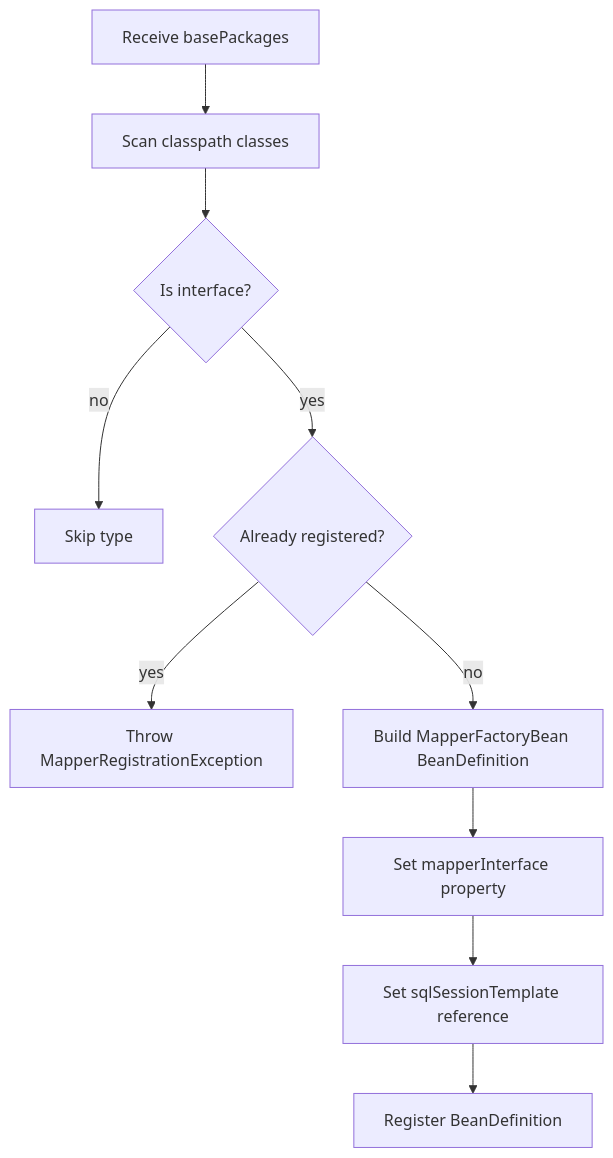
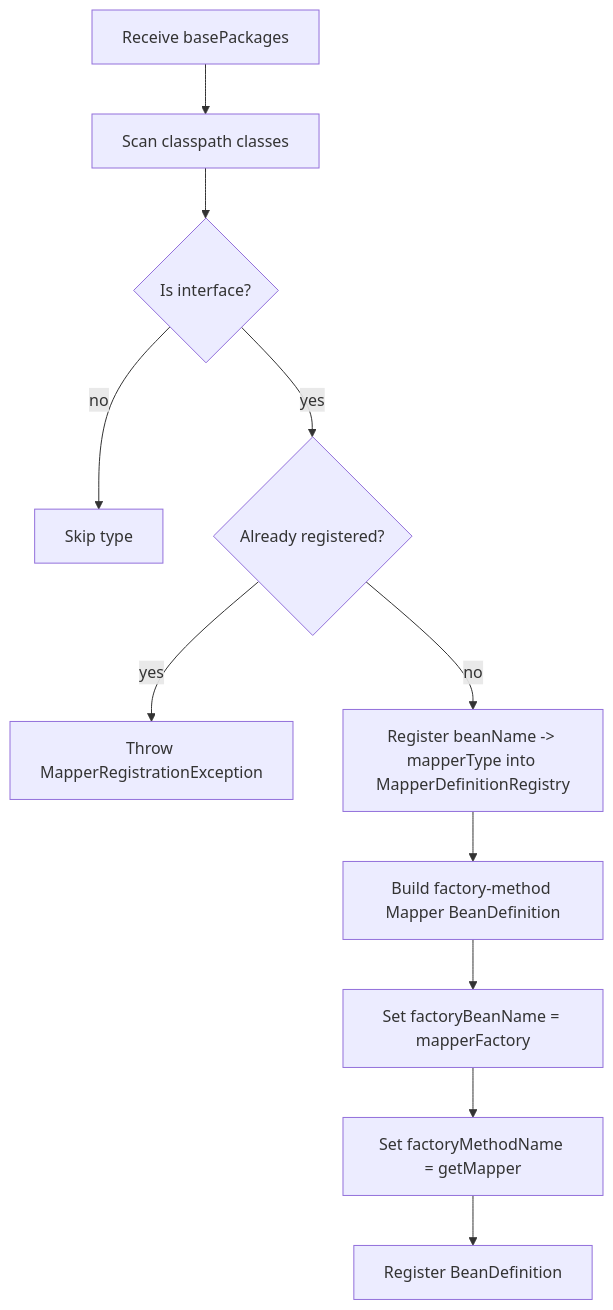
Before and after one commit to Jianing-Xu/mini-mybatis: the third of 6 diagrams in docs/integration-mybatis-spring.md, drawn with Mermaid. The commit also changed other lines of this file and 2 other files, not shown here.

````diff
--- a/docs/integration-mybatis-spring.md
+++ b/docs/integration-mybatis-spring.md
@@ -375,12 +418,13 @@
 ```mermaid
 flowchart TD
     ms1["Receive basePackages"] --> ms2["Scan classpath classes"]
     ms2 --> ms3{"Is interface?"}
     ms3 -->|no| ms4["Skip type"]
     ms3 -->|yes| ms5{"Already registered?"}
     ms5 -->|yes| ms6["Throw MapperRegistrationException"]
-    ms5 -->|no| ms7["Build MapperFactoryBean BeanDefinition"]
-    ms7 --> ms8["Set mapperInterface property"]
-    ms8 --> ms9["Set sqlSessionTemplate reference"]
-    ms9 --> ms10["Register BeanDefinition"]
+    ms5 -->|no| ms7["Register beanName -> mapperType into MapperDefinitionRegistry"]
+    ms7 --> ms8["Build factory-method Mapper BeanDefinition"]
+    ms8 --> ms9["Set factoryBeanName = mapperFactory"]
+    ms9 --> ms10["Set factoryMethodName = getMapper"]
+    ms10 --> ms11["Register BeanDefinition"]
 ```
````
